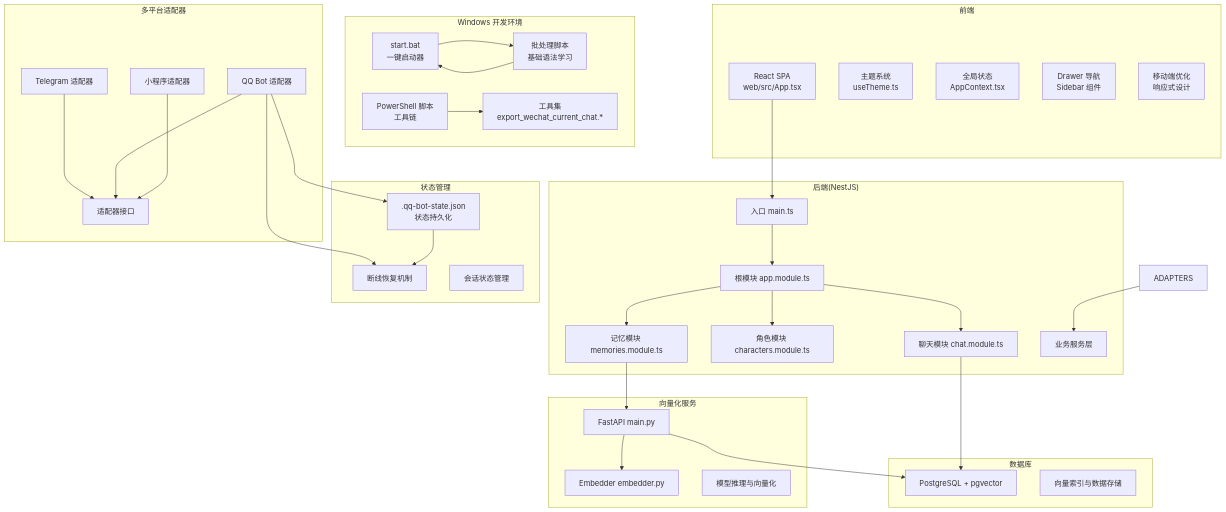
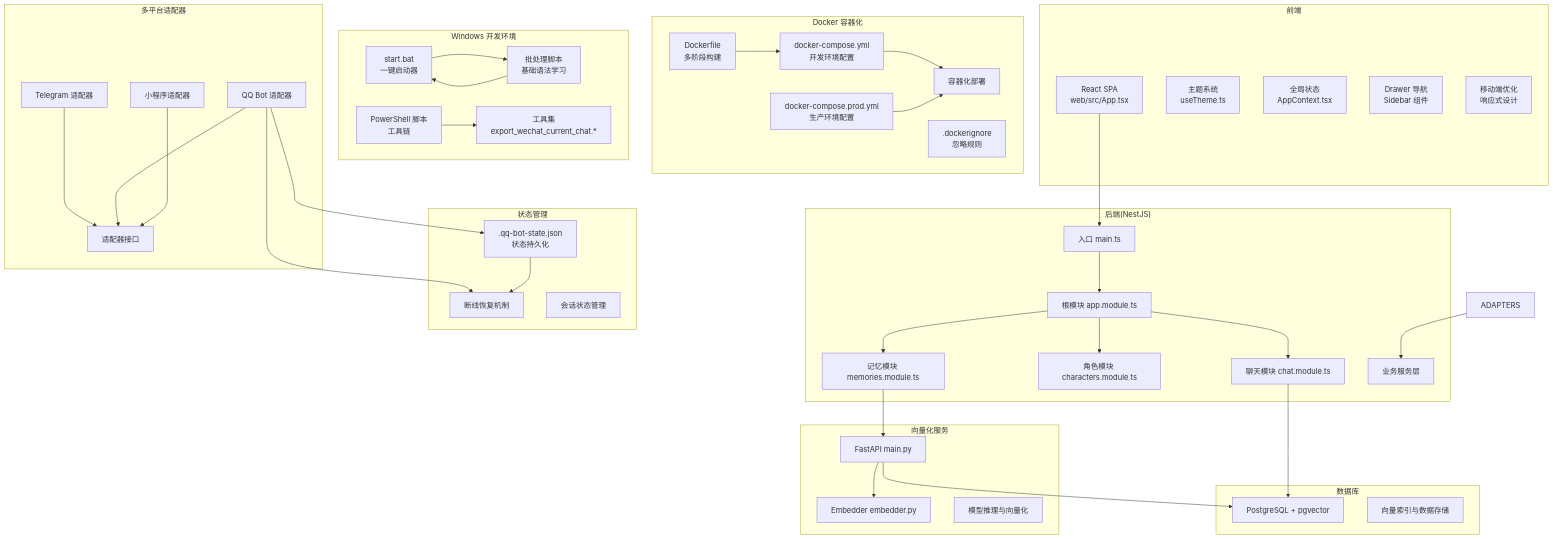
The first of 11 diagrams in .qoder/repowiki/zh/content/项目概述/学习笔记.md (L1mingyoung/ex), drawn with Mermaid before and after one commit. The commit also changed other lines of this file and 16 other files, not shown here.

````diff
--- a/.qoder/repowiki/zh/content/项目概述/学习笔记.md
+++ b/.qoder/repowiki/zh/content/项目概述/学习笔记.md
@@ -80,63 +89,73 @@
 ```mermaid
 graph TB
+subgraph "Docker 容器化"
+DOCKERFILE["Dockerfile<br/>多阶段构建"]
+COMPOSE_DEV["docker-compose.yml<br/>开发环境配置"]
+COMPOSE_PROD["docker-compose.prod.yml<br/>生产环境配置"]
+IGNORE[".dockerignore<br/>忽略规则"]
+END_DOCKER["容器化部署"]
+end
 subgraph "多平台适配器"
 TELEGRAM["Telegram 适配器"]
 QQBOT["QQ Bot 适配器"]
 MINIPROGRAM["小程序适配器"]
 END_ADAPTERS["适配器接口"]
 end
 subgraph "Windows 开发环境"
 START_BAT["start.bat<br/>一键启动器"]
 BAT_SCRIPTS["批处理脚本<br/>基础语法学习"]
 PS_SCRIPTS["PowerShell 脚本<br/>工具链"]
 END_TOOLS["工具集<br/>export_wechat_current_chat.*"]
 end
 subgraph "前端"
 WEB["React SPA<br/>web/src/App.tsx"]
 THEME["主题系统<br/>useTheme.ts"]
 CONTEXT["全局状态<br/>AppContext.tsx"]
 DRAWER["Drawer 导航<br/>Sidebar 组件"]
 MOBILE["移动端优化<br/>响应式设计"]
 end
 subgraph "后端(NestJS)"
 MAIN_TS["入口 main.ts"]
 APP_MODULE["根模块 app.module.ts"]
 CHAT_MOD["聊天模块 chat.module.ts"]
 CHAR_MOD["角色模块 characters.module.ts"]
 MEM_MOD["记忆模块 memories.module.ts"]
 END_BACKEND["业务服务层"]
 end
 subgraph "数据库"
 PG["PostgreSQL + pgvector"]
 END_DB["向量索引与数据存储"]
 end
 subgraph "向量化服务"
 PY_MAIN["FastAPI main.py"]
 PY_EMB["Embedder embedder.py"]
 END_PY["模型推理与向量化"]
 end
 subgraph "状态管理"
 STATE_FILE[".qq-bot-state.json<br/>状态持久化"]
 RESUME["断线恢复机制"]
 END_STATE["会话状态管理"]
 end
+DOCKERFILE --> COMPOSE_DEV
+COMPOSE_DEV --> END_DOCKER
+COMPOSE_PROD --> END_DOCKER
 TELEGRAM --> END_ADAPTERS
 QQBOT --> END_ADAPTERS
 MINIPROGRAM --> END_ADAPTERS
 ADAPTERS --> END_BACKEND
 START_BAT --> BAT_SCRIPTS
 BAT_SCRIPTS --> START_BAT
 PS_SCRIPTS --> END_TOOLS
 WEB --> MAIN_TS
 MAIN_TS --> APP_MODULE
 APP_MODULE --> CHAT_MOD
 APP_MODULE --> CHAR_MOD
 APP_MODULE --> MEM_MOD
 CHAT_MOD --> PG
 MEM_MOD --> PY_MAIN
 PY_MAIN --> PY_EMB
 PY_MAIN --> PG
 QQBOT --> STATE_FILE
 QQBOT --> RESUME
 STATE_FILE --> RESUME
 ```
````
